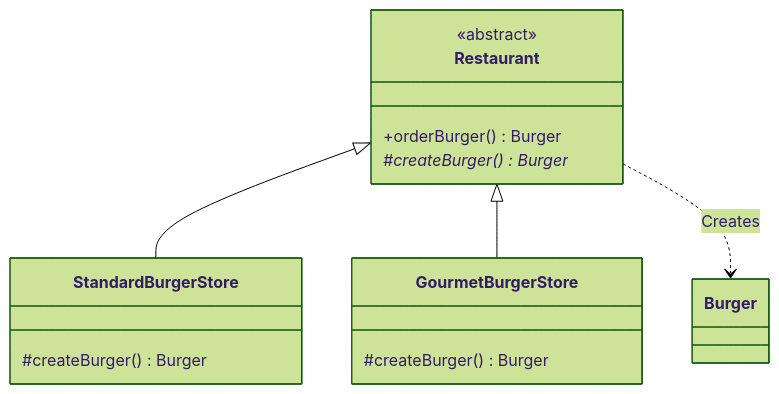
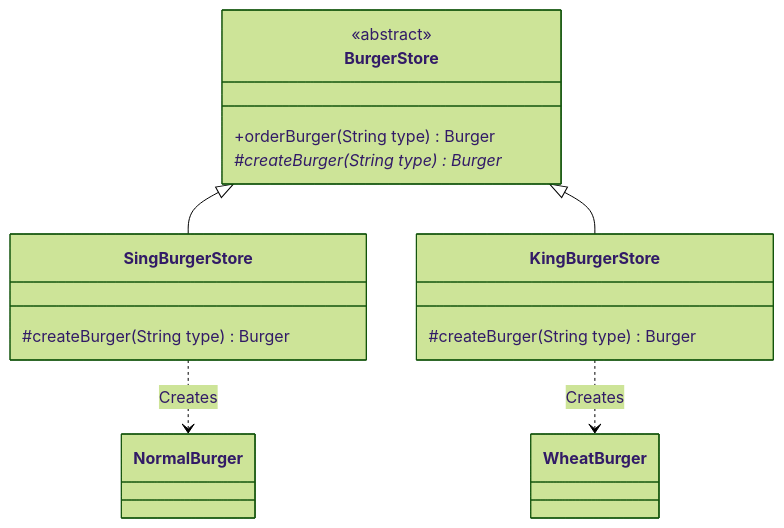
The third of 5 diagrams in 04-OOPs-and-Design-Patterns/03-Design-Patterns/09-Factory-Design-Pattern.md (rohithgowda18/Notes), drawn with Mermaid (forest theme) before and after one commit. The commit also changed other lines of this file and 30 other files, not shown here.

````diff
--- a/04-OOPs-and-Design-Patterns/03-Design-Patterns/09-Factory-Design-Pattern.md
+++ b/04-OOPs-and-Design-Patterns/03-Design-Patterns/09-Factory-Design-Pattern.md
@@ -84,18 +156,21 @@
 ```mermaid
 classDiagram
-    class Restaurant {
+    class BurgerStore {
         <<abstract>>
-        +orderBurger() Burger
-        #createBurger()* Burger
-    }
-    class StandardBurgerStore {
-        #createBurger() Burger
-    }
-    class GourmetBurgerStore {
-        #createBurger() Burger
+        +orderBurger(String type) Burger
+        #createBurger(String type)* Burger
     }
 
-    Restaurant <|-- StandardBurgerStore
-    Restaurant <|-- GourmetBurgerStore
-    Restaurant ..> Burger : Creates
+    class SingBurgerStore {
+        #createBurger(String type) Burger
+    }
+
+    class KingBurgerStore {
+        #createBurger(String type) Burger
+    }
+
+    BurgerStore <|-- SingBurgerStore
+    BurgerStore <|-- KingBurgerStore
+    SingBurgerStore ..> NormalBurger : Creates
+    KingBurgerStore ..> WheatBurger : Creates
 ```
````
